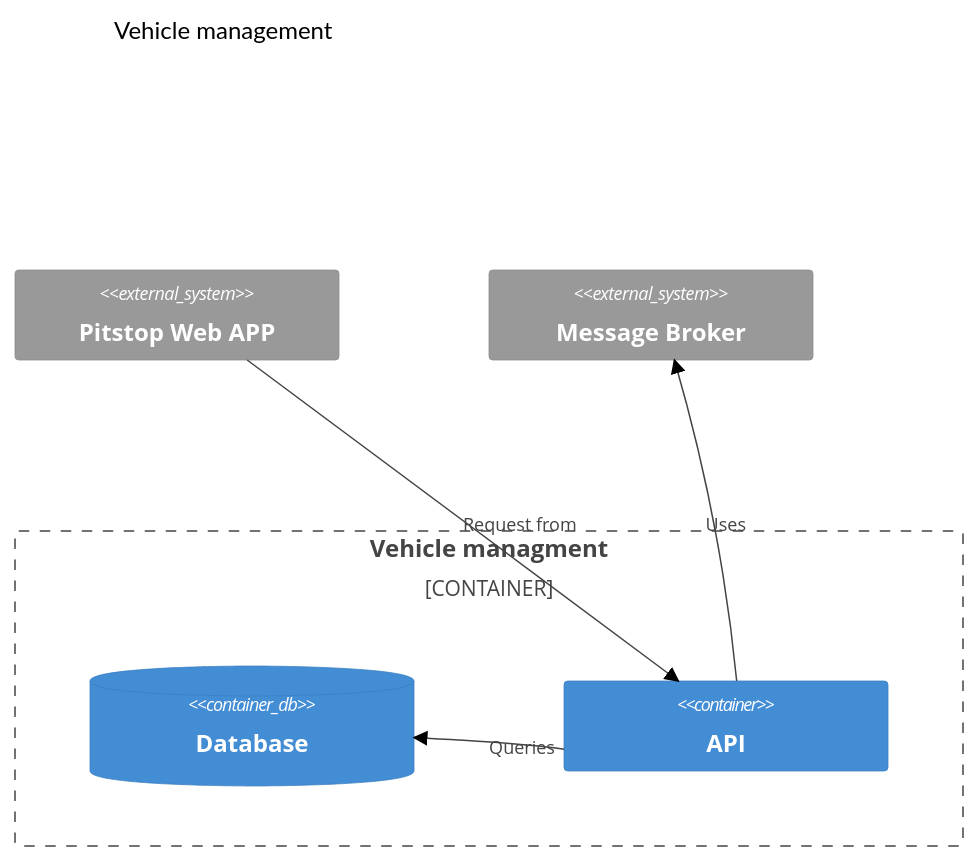
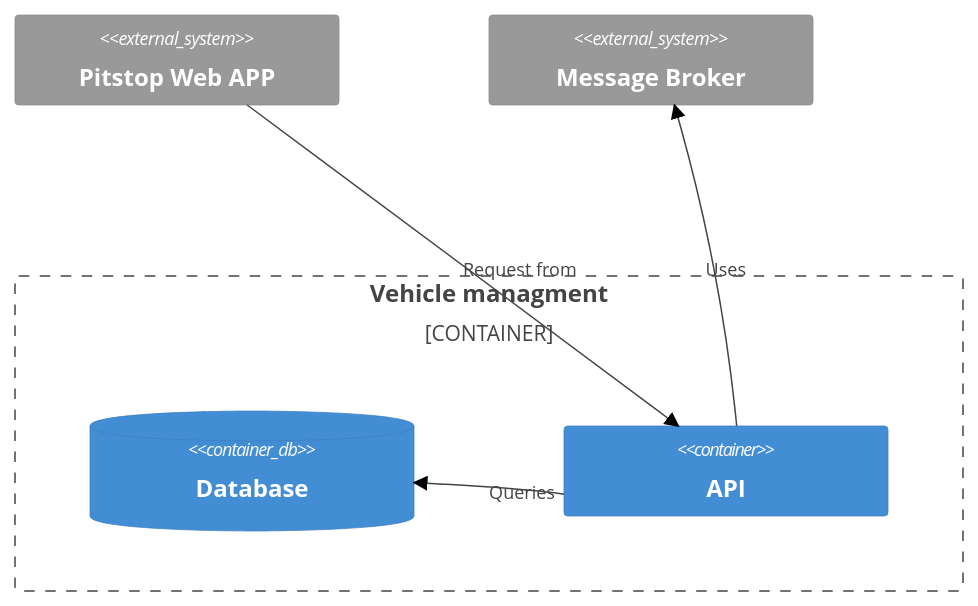
The second of 3 diagrams in README.md (Kafune/devops-pitstop-loyaliteitsprogramma), drawn with Mermaid (neutral theme) before and after one commit. The commit also changed other lines of this file, not shown here.

Commit message:
Added workshop management

````diff
--- a/README.md
+++ b/README.md
@@ -196,17 +195,15 @@
 ```mermaid
 C4Container
-    title Vehicle management
-
     Container_Boundary(c1, "Vehicle managment") {
         ContainerDb(DatabaseA, Database, "")
         Container(SystemA, API, "")
     }
 
     System_Ext(SystemB, Pitstop Web APP, "")
     System_Ext(SystemC, Message Broker, "")
 
     Rel_D(SystemB, SystemA, "Request from")
     Rel_R(SystemA, DatabaseA, "Queries")
     Rel_D(SystemA, SystemC, "Uses")
 
 ```
````
